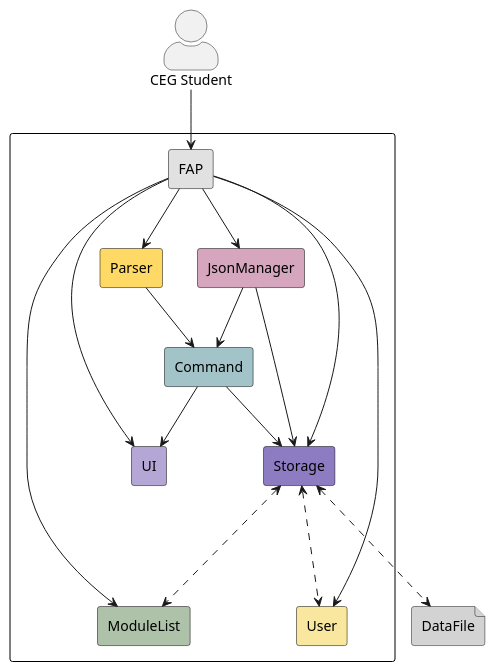
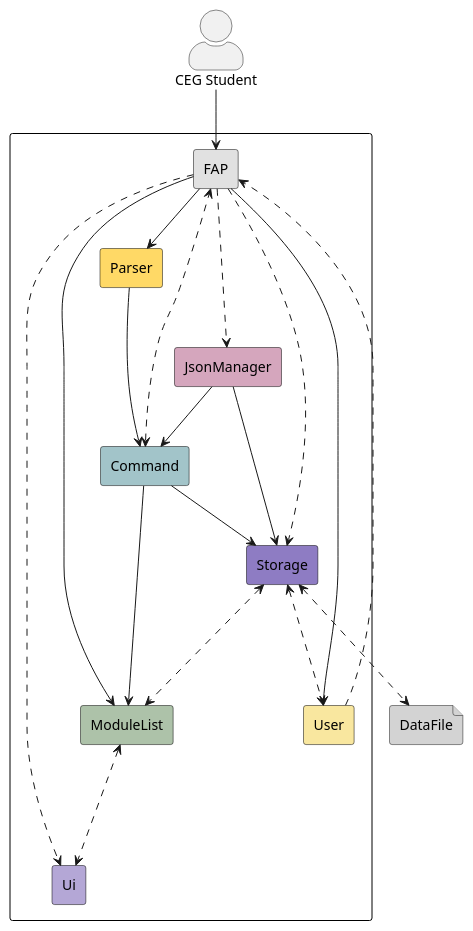
Before and after one commit to fungg0/tp: the diagram in docs/diagrams/Architecture.puml, drawn with PlantUML. The commit also changed 11 other files, not shown here.

Commit message:
Modify the png/uml diagrams

```diff
--- a/docs/diagrams/Architecture.puml
+++ b/docs/diagrams/Architecture.puml
@@ -1,44 +1,47 @@
 @startuml
 top to bottom direction
 
 skinparam packageStyle rectangle
 skinparam actorStyle awesome
 
 skinparam rectangle {
   borderColor black
 }
 
 rectangle {
   rectangle FAP as main #E1E1E1
   rectangle ModuleList #ADC2A9
-  rectangle UI #B4A7D6
+  rectangle Ui as UI #B4A7D6
   rectangle Parser #FFD966
   rectangle Command #A2C4C9
   rectangle JsonManager #D5A6BD
   rectangle Storage #8E7CC3
   rectangle User #F9E79F
 }
 
 file DataFile #LightGrey
 
 actor "CEG Student"
 
 "CEG Student" --> main
 main --> User
+User --.> main
 main --> ModuleList
-main --> UI
+main --.> UI
 main --> Parser
-main --> Storage
-main --> JsonManager
+main --.> Storage
+main --.> JsonManager
 
 JsonManager --> Command
 JsonManager --> Storage
 
 Parser --> Command
-Command --> UI
+Command <--.> main
 Command --> Storage
+Command --> ModuleList
+ModuleList <--.> UI
 Storage <--.> User
 Storage <.--> DataFile
 Storage <--.> ModuleList
 
 @enduml
```
